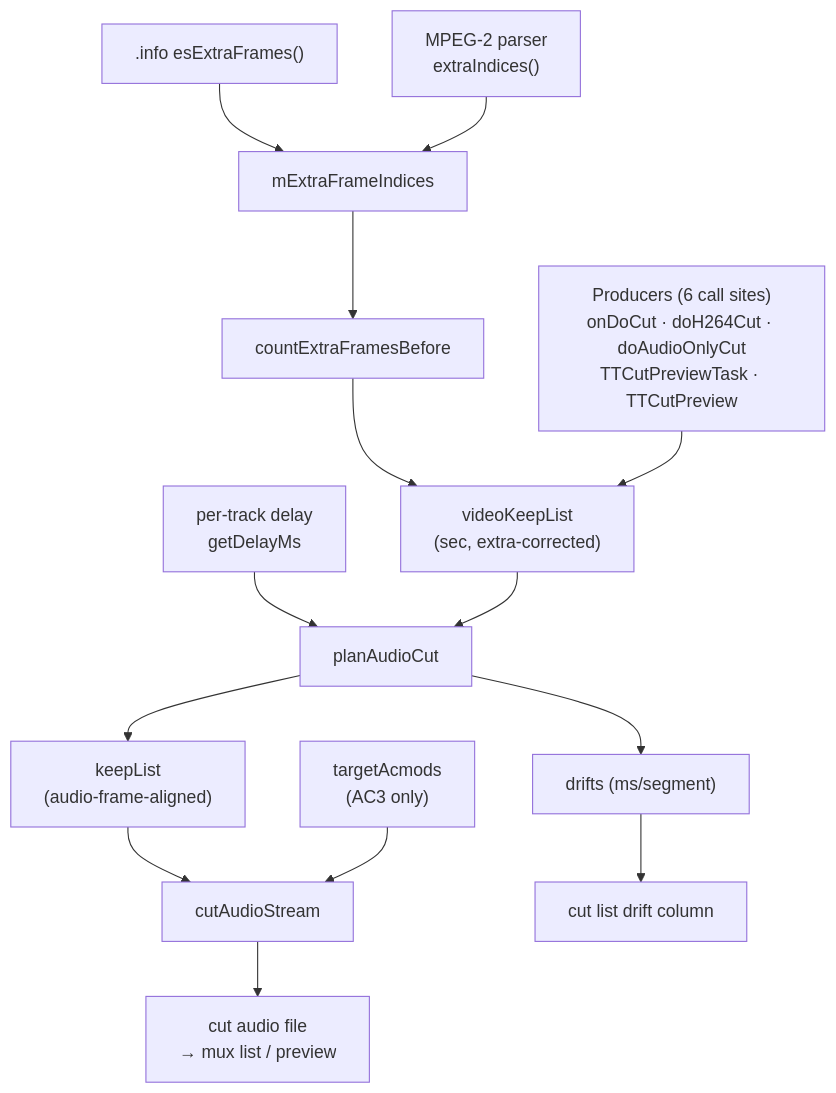
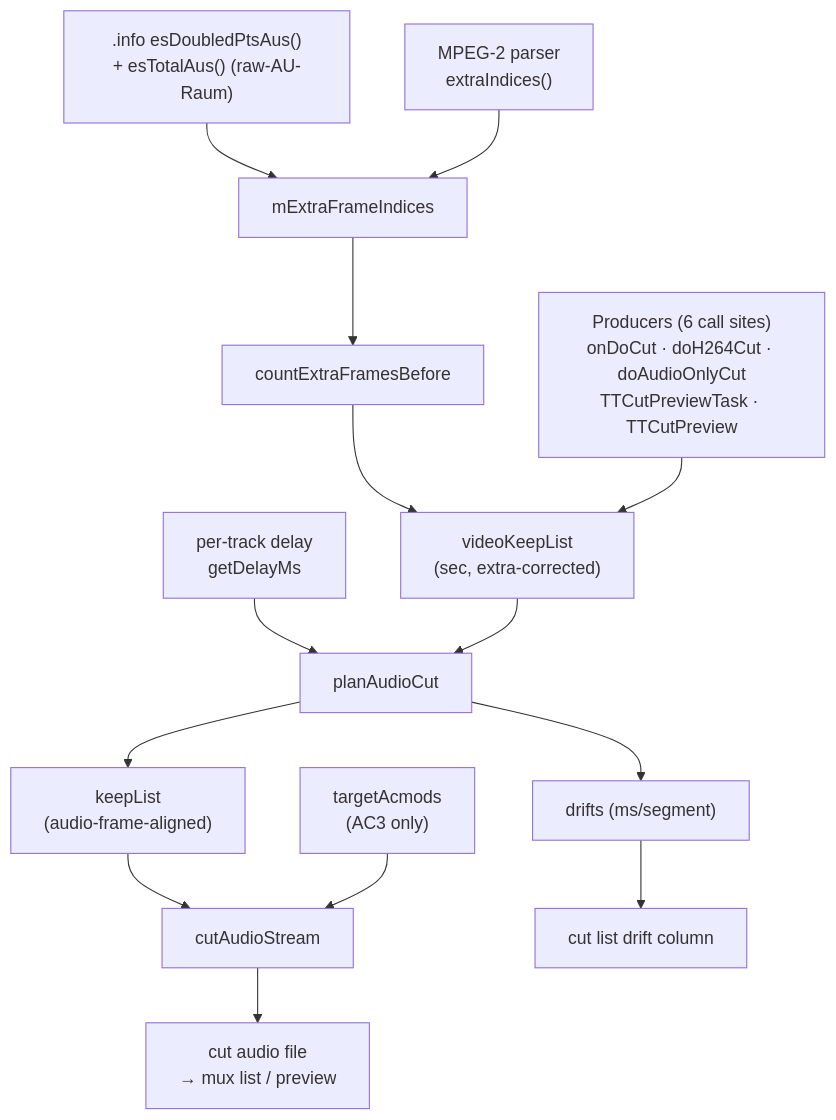
One commit to MINIXJR/TTCut-ng changed the diagram in docs/code-map/audio-cut-timing.md. Above: the diagram before and after it, drawn with Mermaid. The commit also changed other lines of this file, not shown here.

Commit message:
code-map: audio-cut-timing — new .info contract, unused repair-balance fields

````diff
--- a/docs/code-map/audio-cut-timing.md
+++ b/docs/code-map/audio-cut-timing.md
@@ -40,31 +41,31 @@
 ```mermaid
 flowchart TD
-  INFO[".info esExtraFrames()"]
+  INFO[".info esDoubledPtsAus()<br/>+ esTotalAus() (raw-AU-Raum)"]
   MP2X["MPEG-2 parser<br/>extraIndices()"]
   EXTRA["mExtraFrameIndices"]
   CEFB["countExtraFramesBefore"]
   PROD["Producers (6 call sites)<br/>onDoCut · doH264Cut · doAudioOnlyCut<br/>TTCutPreviewTask · TTCutPreview"]
   VKL["videoKeepList<br/>(sec, extra-corrected)"]
   DELAY["per-track delay<br/>getDelayMs"]
   PLAN["planAudioCut"]
   KEEP["keepList<br/>(audio-frame-aligned)"]
   ACMOD["targetAcmods<br/>(AC3 only)"]
   CUT["cutAudioStream"]
   OUT["cut audio file<br/>→ mux list / preview"]
   DRIFT["drifts (ms/segment)"]
   COL4["cut list drift column"]
 
   INFO --> EXTRA
   MP2X --> EXTRA
   EXTRA --> CEFB
   CEFB --> VKL
   PROD --> VKL
   DELAY --> PLAN
   VKL --> PLAN
   PLAN --> KEEP
   PLAN --> DRIFT
   KEEP --> CUT
   ACMOD --> CUT
   CUT --> OUT
   DRIFT --> COL4
 ```
````
